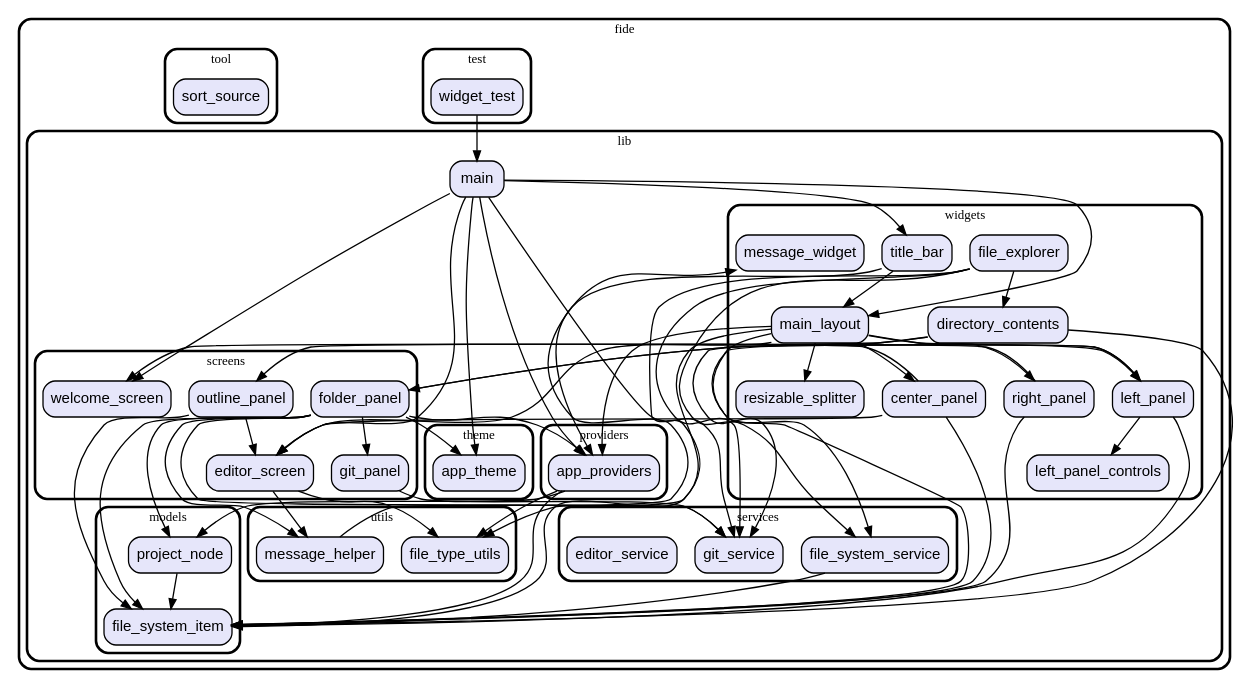
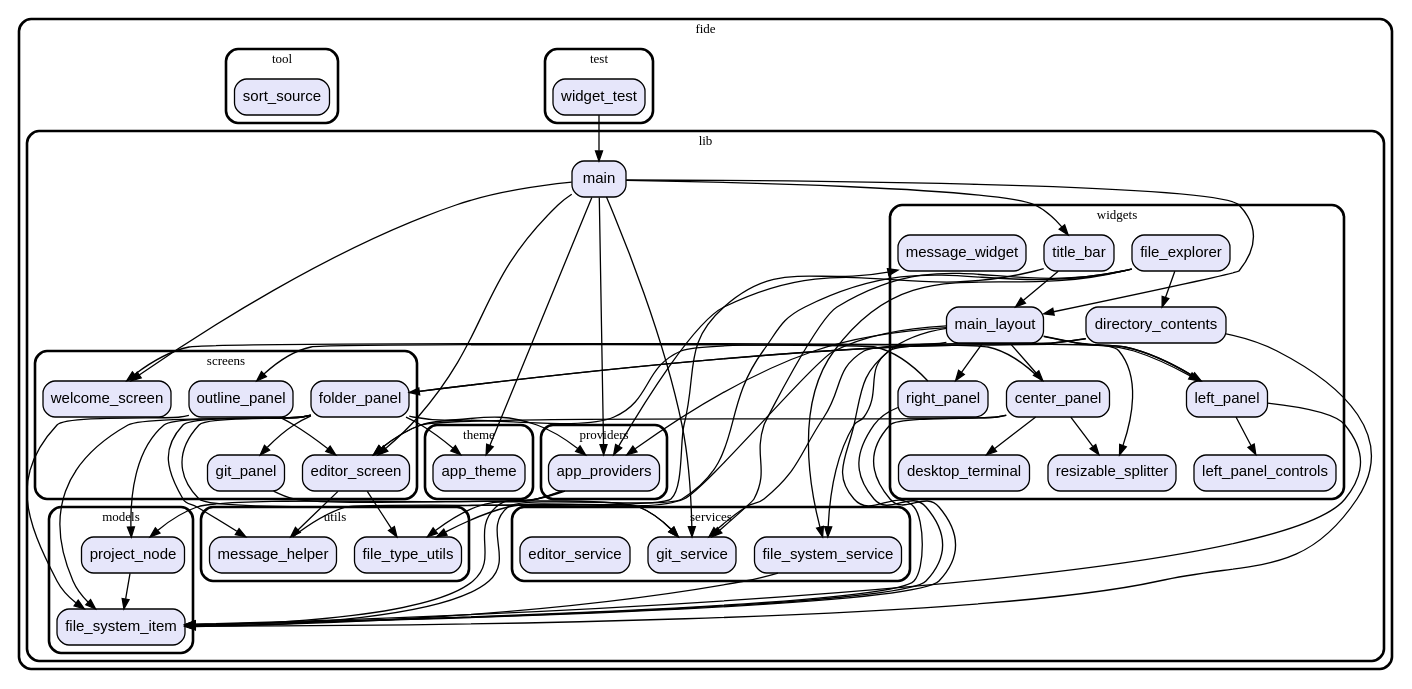
The diagram in graph.dot (vteam-com/FIDE), drawn with Graphviz before and after one commit. The commit also changed 10 other files, not shown here.

```diff
--- a/graph.dot
+++ b/graph.dot
@@ -1,144 +1,148 @@
 digraph "" {
   graph [style=rounded fontname="Arial Black" fontsize=13 penwidth=2.6];
   node [shape=rect style="filled,rounded" fontname=Arial fontsize=15 fillcolor=Lavender penwidth=1.3];
   edge [penwidth=1.3];
   "/test/widget_test.dart" [label="widget_test"];
   "/lib/providers/app_providers.dart" [label="app_providers"];
   "/lib/utils/message_helper.dart" [label="message_helper"];
   "/lib/utils/file_type_utils.dart" [label="file_type_utils"];
   "/lib/models/project_node.dart" [label="project_node"];
   "/lib/models/file_system_item.dart" [label="file_system_item"];
   "/lib/screens/git_panel.dart" [label="git_panel"];
   "/lib/screens/outline_panel.dart" [label="outline_panel"];
   "/lib/screens/folder_panel.dart" [label="folder_panel"];
   "/lib/screens/editor_screen.dart" [label="editor_screen"];
   "/lib/screens/welcome_screen.dart" [label="welcome_screen"];
   "/lib/main.dart" [label="main"];
   "/lib/theme/app_theme.dart" [label="app_theme"];
   "/lib/services/git_service.dart" [label="git_service"];
   "/lib/services/file_system_service.dart" [label="file_system_service"];
   "/lib/services/editor_service.dart" [label="editor_service"];
   "/lib/widgets/left_panel_controls.dart" [label="left_panel_controls"];
   "/lib/widgets/resizable_splitter.dart" [label="resizable_splitter"];
   "/lib/widgets/directory_contents.dart" [label="directory_contents"];
   "/lib/widgets/title_bar.dart" [label="title_bar"];
   "/lib/widgets/main_layout.dart" [label="main_layout"];
   "/lib/widgets/file_explorer.dart" [label="file_explorer"];
   "/lib/widgets/message_widget.dart" [label="message_widget"];
   "/lib/widgets/left_panel.dart" [label="left_panel"];
+  "/lib/widgets/desktop_terminal.dart" [label="desktop_terminal"];
   "/lib/widgets/center_panel.dart" [label="center_panel"];
   "/lib/widgets/right_panel.dart" [label="right_panel"];
   "/tool/sort_source.dart" [label="sort_source"];
   subgraph "cluster~" {
     label="fide";
     subgraph "cluster~/test" {
       label="test";
       "/test/widget_test.dart";
     }
     subgraph "cluster~/lib" {
       label="lib";
       "/lib/main.dart";
       subgraph "cluster~/lib/providers" {
         label="providers";
         "/lib/providers/app_providers.dart";
       }
       subgraph "cluster~/lib/utils" {
         label="utils";
         "/lib/utils/message_helper.dart";
         "/lib/utils/file_type_utils.dart";
       }
       subgraph "cluster~/lib/models" {
         label="models";
         "/lib/models/project_node.dart";
         "/lib/models/file_system_item.dart";
       }
       subgraph "cluster~/lib/screens" {
         label="screens";
         "/lib/screens/git_panel.dart";
         "/lib/screens/outline_panel.dart";
         "/lib/screens/folder_panel.dart";
         "/lib/screens/editor_screen.dart";
         "/lib/screens/welcome_screen.dart";
       }
       subgraph "cluster~/lib/theme" {
         label="theme";
         "/lib/theme/app_theme.dart";
       }
       subgraph "cluster~/lib/services" {
         label="services";
         "/lib/services/git_service.dart";
         "/lib/services/file_system_service.dart";
         "/lib/services/editor_service.dart";
       }
       subgraph "cluster~/lib/widgets" {
         label="widgets";
         "/lib/widgets/left_panel_controls.dart";
         "/lib/widgets/resizable_splitter.dart";
         "/lib/widgets/directory_contents.dart";
         "/lib/widgets/title_bar.dart";
         "/lib/widgets/main_layout.dart";
         "/lib/widgets/file_explorer.dart";
         "/lib/widgets/message_widget.dart";
         "/lib/widgets/left_panel.dart";
+        "/lib/widgets/desktop_terminal.dart";
         "/lib/widgets/center_panel.dart";
         "/lib/widgets/right_panel.dart";
       }
     }
     subgraph "cluster~/tool" {
       label="tool";
       "/tool/sort_source.dart";
     }
   }
   "/test/widget_test.dart" -> "/lib/main.dart";
   "/lib/providers/app_providers.dart" -> "/lib/models/file_system_item.dart";
   "/lib/providers/app_providers.dart" -> "/lib/models/project_node.dart";
   "/lib/providers/app_providers.dart" -> "/lib/utils/file_type_utils.dart";
   "/lib/utils/message_helper.dart" -> "/lib/widgets/message_widget.dart";
   "/lib/models/project_node.dart" -> "/lib/models/file_system_item.dart";
   "/lib/screens/git_panel.dart" -> "/lib/services/git_service.dart";
   "/lib/screens/outline_panel.dart" -> "/lib/models/file_system_item.dart";
   "/lib/screens/outline_panel.dart" -> "/lib/screens/editor_screen.dart";
   "/lib/screens/folder_panel.dart" -> "/lib/models/project_node.dart";
   "/lib/screens/folder_panel.dart" -> "/lib/models/file_system_item.dart";
   "/lib/screens/folder_panel.dart" -> "/lib/services/git_service.dart";
   "/lib/screens/folder_panel.dart" -> "/lib/utils/message_helper.dart";
   "/lib/screens/folder_panel.dart" -> "/lib/screens/git_panel.dart";
   "/lib/screens/folder_panel.dart" -> "/lib/theme/app_theme.dart";
   "/lib/screens/folder_panel.dart" -> "/lib/widgets/left_panel.dart";
   "/lib/screens/folder_panel.dart" -> "/lib/providers/app_providers.dart";
   "/lib/screens/editor_screen.dart" -> "/lib/utils/message_helper.dart";
   "/lib/screens/editor_screen.dart" -> "/lib/utils/file_type_utils.dart";
   "/lib/main.dart" -> "/lib/providers/app_providers.dart";
   "/lib/main.dart" -> "/lib/widgets/main_layout.dart";
   "/lib/main.dart" -> "/lib/widgets/title_bar.dart";
   "/lib/main.dart" -> "/lib/screens/editor_screen.dart";
   "/lib/main.dart" -> "/lib/screens/welcome_screen.dart";
   "/lib/main.dart" -> "/lib/services/git_service.dart";
   "/lib/main.dart" -> "/lib/theme/app_theme.dart";
   "/lib/services/file_system_service.dart" -> "/lib/models/file_system_item.dart";
   "/lib/widgets/directory_contents.dart" -> "/lib/services/file_system_service.dart";
   "/lib/widgets/directory_contents.dart" -> "/lib/services/git_service.dart";
   "/lib/widgets/directory_contents.dart" -> "/lib/models/file_system_item.dart";
   "/lib/widgets/title_bar.dart" -> "/lib/providers/app_providers.dart";
   "/lib/widgets/title_bar.dart" -> "/lib/widgets/main_layout.dart";
   "/lib/widgets/main_layout.dart" -> "/lib/screens/editor_screen.dart";
   "/lib/widgets/main_layout.dart" -> "/lib/providers/app_providers.dart";
   "/lib/widgets/main_layout.dart" -> "/lib/models/file_system_item.dart";
   "/lib/widgets/main_layout.dart" -> "/lib/utils/file_type_utils.dart";
   "/lib/widgets/main_layout.dart" -> "/lib/widgets/resizable_splitter.dart";
   "/lib/widgets/main_layout.dart" -> "/lib/widgets/left_panel.dart";
   "/lib/widgets/main_layout.dart" -> "/lib/widgets/center_panel.dart";
   "/lib/widgets/main_layout.dart" -> "/lib/widgets/right_panel.dart";
   "/lib/widgets/file_explorer.dart" -> "/lib/services/file_system_service.dart";
   "/lib/widgets/file_explorer.dart" -> "/lib/services/git_service.dart";
   "/lib/widgets/file_explorer.dart" -> "/lib/models/file_system_item.dart";
   "/lib/widgets/file_explorer.dart" -> "/lib/widgets/directory_contents.dart";
   "/lib/widgets/left_panel.dart" -> "/lib/screens/folder_panel.dart";
   "/lib/widgets/left_panel.dart" -> "/lib/widgets/left_panel_controls.dart";
   "/lib/widgets/left_panel.dart" -> "/lib/models/file_system_item.dart";
   "/lib/widgets/center_panel.dart" -> "/lib/screens/welcome_screen.dart";
   "/lib/widgets/center_panel.dart" -> "/lib/screens/editor_screen.dart";
+  "/lib/widgets/center_panel.dart" -> "/lib/widgets/desktop_terminal.dart";
+  "/lib/widgets/center_panel.dart" -> "/lib/widgets/resizable_splitter.dart";
   "/lib/widgets/center_panel.dart" -> "/lib/models/file_system_item.dart";
   "/lib/widgets/right_panel.dart" -> "/lib/screens/outline_panel.dart";
   "/lib/widgets/right_panel.dart" -> "/lib/models/file_system_item.dart";
 }
```
